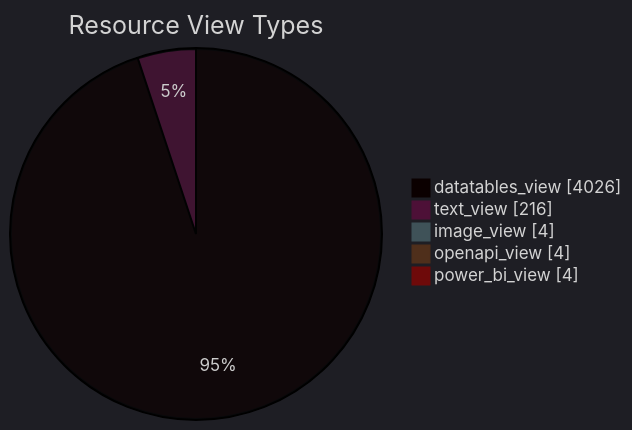
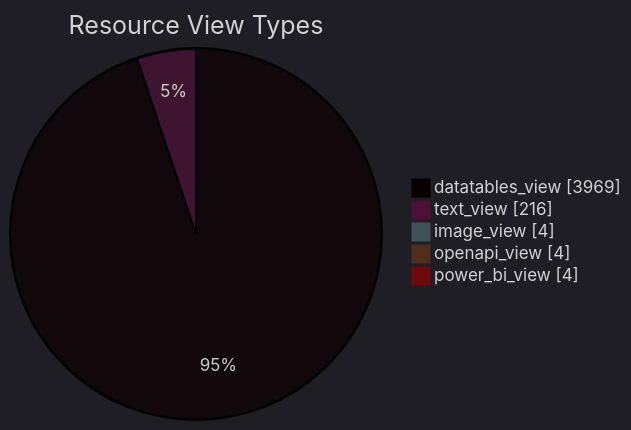
One commit to open-data/analytics-corporate-reporting changed the diagram in datastore_tracker/resource_view_types_pie_chart.md. Above: the diagram before and after it, drawn with Mermaid. The commit also changed 9 other files, not shown here.

````diff
--- a/datastore_tracker/resource_view_types_pie_chart.md
+++ b/datastore_tracker/resource_view_types_pie_chart.md
@@ -2,12 +2,12 @@
 ```mermaid
 ---
 config:
   theme: dark
 ---
 pie showData title Resource View Types
-    "datatables_view": 4026
+    "datatables_view": 3969
     "text_view": 216
     "image_view": 4
     "openapi_view": 4
     "power_bi_view": 4
 ```
````
